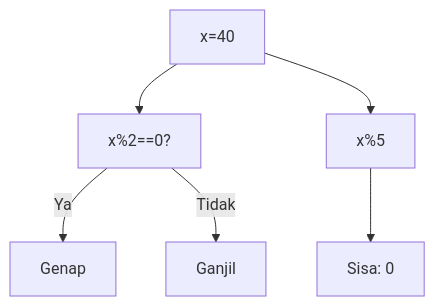
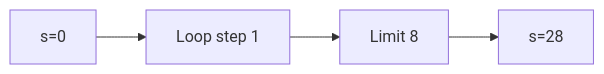
Before and after one commit to amnahwaida/OSNK_INF_PREP: the second of 25 diagrams in part-c-pemahaman-cpp/03-perulangan/latihan/set-05.md, drawn with Mermaid. The commit also changed other lines of this file and 71 other files, not shown here.

````diff
--- a/part-c-pemahaman-cpp/03-perulangan/latihan/set-05.md
+++ b/part-c-pemahaman-cpp/03-perulangan/latihan/set-05.md
@@ -23,8 +48,6 @@
 ```mermaid
-graph TD
-A["x=40"] --> B["x%2==0?"]
-B -- Ya --> C["Genap"]
-B -- Tidak --> D["Ganjil"]
-A --> E["x%5"]
-E --> F["Sisa: 0"]
+graph LR
+A["s=0"] --> B["Loop step 1"]
+B --> C["Limit 8"]
+C --> D["s=28"]
 ```
````
